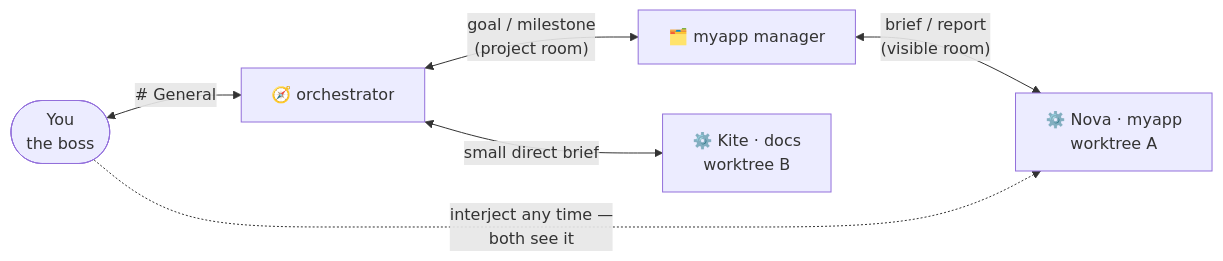
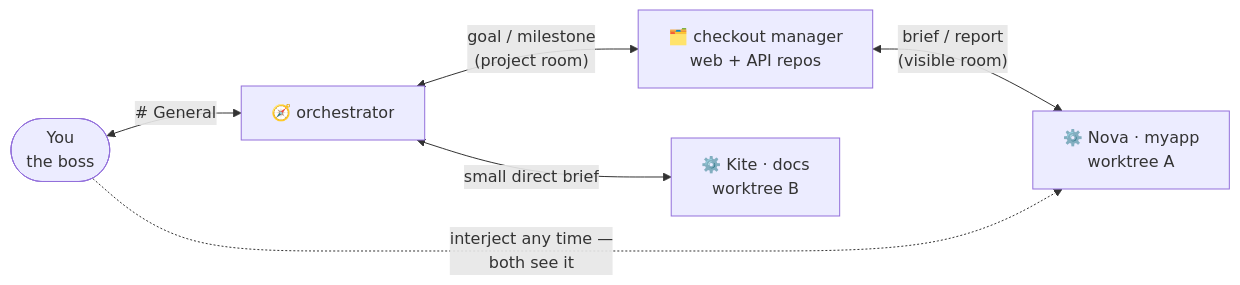
Before and after one commit to Dri-water/be-a-boss: the first of 3 diagrams in README.md, drawn with Mermaid. The commit also changed other lines of this file and 31 other files, not shown here.

````diff
--- a/README.md
+++ b/README.md
@@ -50,8 +50,8 @@
 ```mermaid
 flowchart LR
     H([You<br/>the boss]) <-->|"# General"| O["🧭 orchestrator"]
-    O <-->|"goal / milestone<br/>(project room)"| PM["🗂️ myapp manager"]
+    O <-->|"goal / milestone<br/>(project room)"| PM["🗂️ checkout manager<br/>web + API repos"]
     PM <-->|"brief / report<br/>(visible room)"| C1["⚙️ Nova · myapp<br/>worktree A"]
     O <-->|"small direct brief"| C2["⚙️ Kite · docs<br/>worktree B"]
     H -.->|"interject any time —<br/>both see it"| C1
 ```
````
